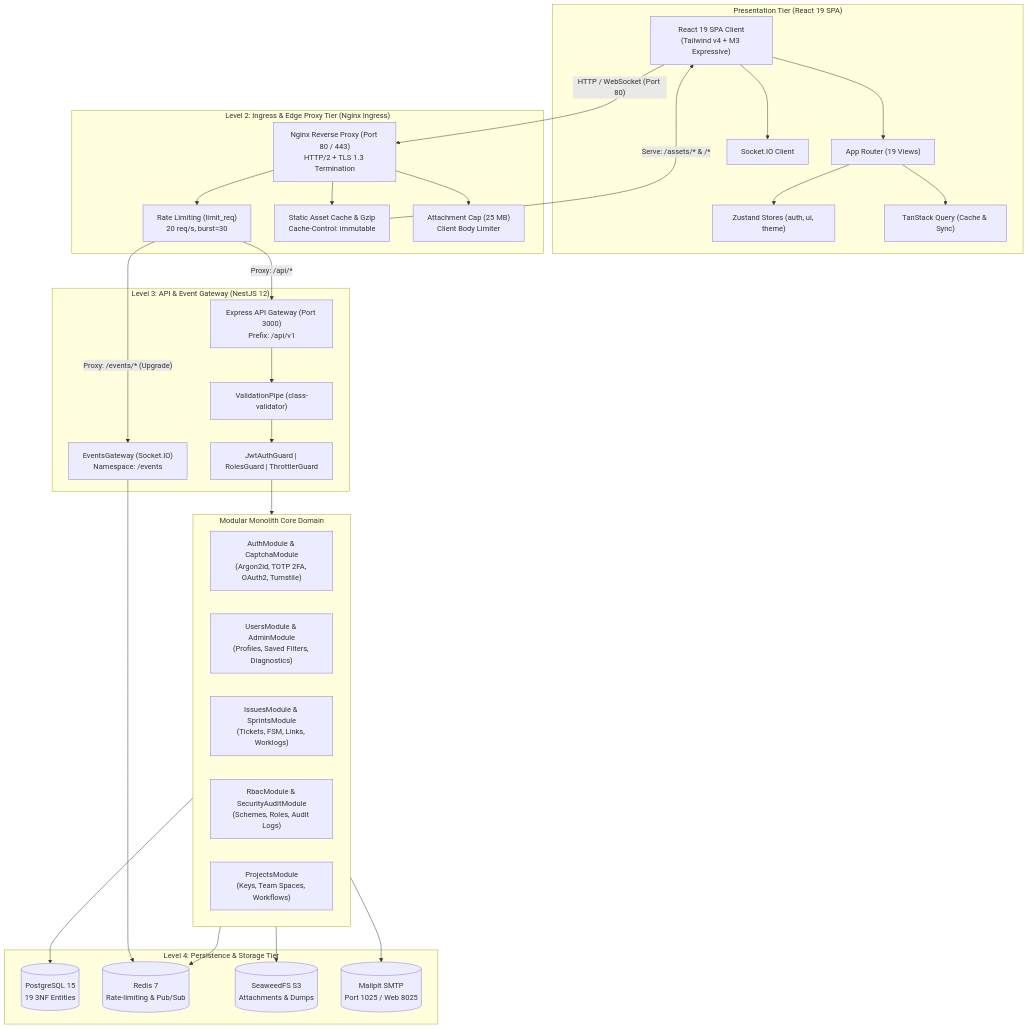
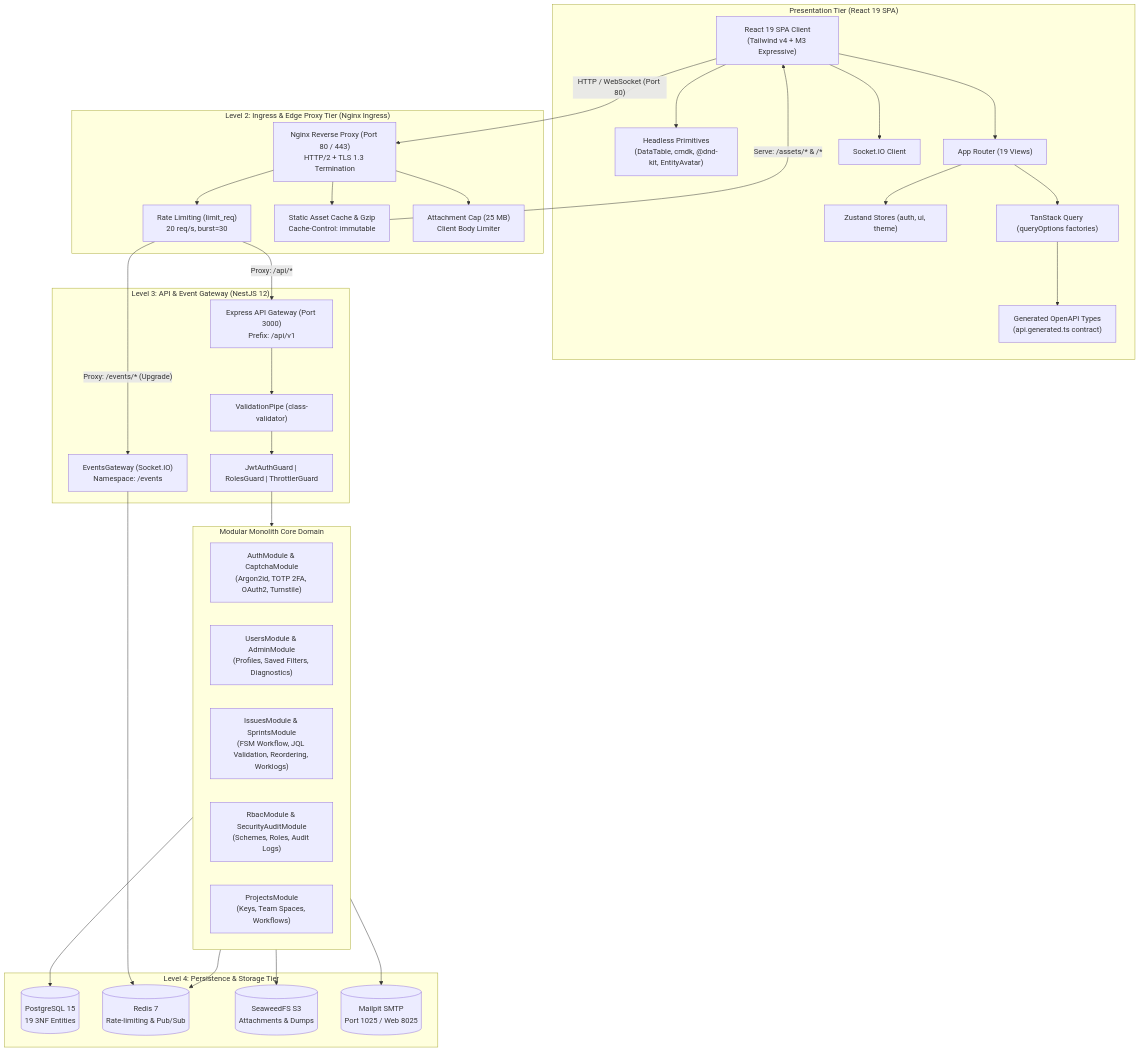
Before and after one commit to finkord/bug-tracker: the diagram in documentation/architecture/system-overview.md, drawn with Mermaid. The commit also changed 12 other files, not shown here.

First line of the commit message:
docs(architecture): sync documentation, skills, diagrams, and png renders

````diff
--- a/documentation/architecture/system-overview.md
+++ b/documentation/architecture/system-overview.md
@@ -15,61 +15,65 @@
 ```mermaid
 graph TB
     subgraph ClientTier["Presentation Tier (React 19 SPA)"]
         SPA["React 19 SPA Client<br/>(Tailwind v4 + M3 Expressive)"]
+        Primitives["Headless Primitives<br/>(DataTable, cmdk, @dnd-kit, EntityAvatar)"]
         Router["App Router (19 Views)"]
         Stores["Zustand Stores (auth, ui, theme)"]
-        Query["TanStack Query (Cache & Sync)"]
+        Query["TanStack Query (queryOptions factories)"]
+        OpenAPI["Generated OpenAPI Types<br/>(api.generated.ts contract)"]
         WSClient["Socket.IO Client"]
         SPA --> Router
+        SPA --> Primitives
         Router --> Stores
         Router --> Query
+        Query --> OpenAPI
         SPA --> WSClient
     end
 
     subgraph IngressTier["Level 2: Ingress & Edge Proxy Tier (Nginx Ingress)"]
         Nginx["Nginx Reverse Proxy (Port 80 / 443)<br/>HTTP/2 + TLS 1.3 Termination"]
         RateLimit["Rate Limiting (limit_req)<br/>20 req/s, burst=30"]
         StaticCache["Static Asset Cache & Gzip<br/>Cache-Control: immutable"]
         BodyCap["Attachment Cap (25 MB)<br/>Client Body Limiter"]
         Nginx --> RateLimit
         Nginx --> StaticCache
         Nginx --> BodyCap
     end
 
     subgraph GatewayTier["Level 3: API & Event Gateway (NestJS 12)"]
         Main["Express API Gateway (Port 3000)<br/>Prefix: /api/v1"]
         Pipes["ValidationPipe (class-validator)"]
         Guards["JwtAuthGuard | RolesGuard | ThrottlerGuard"]
         EventsGW["EventsGateway (Socket.IO)<br/>Namespace: /events"]
         Main --> Pipes
         Pipes --> Guards
     end
 
     subgraph CoreModules["Modular Monolith Core Domain"]
         AuthM["AuthModule & CaptchaModule<br/>(Argon2id, TOTP 2FA, OAuth2, Turnstile)"]
         UserM["UsersModule & AdminModule<br/>(Profiles, Saved Filters, Diagnostics)"]
-        IssueM["IssuesModule & SprintsModule<br/>(Tickets, FSM, Links, Worklogs)"]
+        IssueM["IssuesModule & SprintsModule<br/>(FSM Workflow, JQL Validation, Reordering, Worklogs)"]
         RbacM["RbacModule & SecurityAuditModule<br/>(Schemes, Roles, Audit Logs)"]
         ProjM["ProjectsModule<br/>(Keys, Team Spaces, Workflows)"]
     end
 
     subgraph DataTier["Level 4: Persistence & Storage Tier"]
         Postgres[("PostgreSQL 15<br/>19 3NF Entities")]
         RedisCache[("Redis 7<br/>Rate-limiting & Pub/Sub")]
         Seaweed[("SeaweedFS S3<br/>Attachments & Dumps")]
         Mailpit[("Mailpit SMTP<br/>Port 1025 / Web 8025")]
     end
 
     SPA -- "HTTP / WebSocket (Port 80)" --> Nginx
     RateLimit -- "Proxy: /api/*" --> Main
     RateLimit -- "Proxy: /events/* (Upgrade)" --> EventsGW
     StaticCache -- "Serve: /assets/* & /*" --> SPA
 
     Guards --> CoreModules
     EventsGW --> RedisCache
 
     CoreModules --> Postgres
     CoreModules --> RedisCache
     CoreModules --> Seaweed
     CoreModules --> Mailpit
 ```
````
